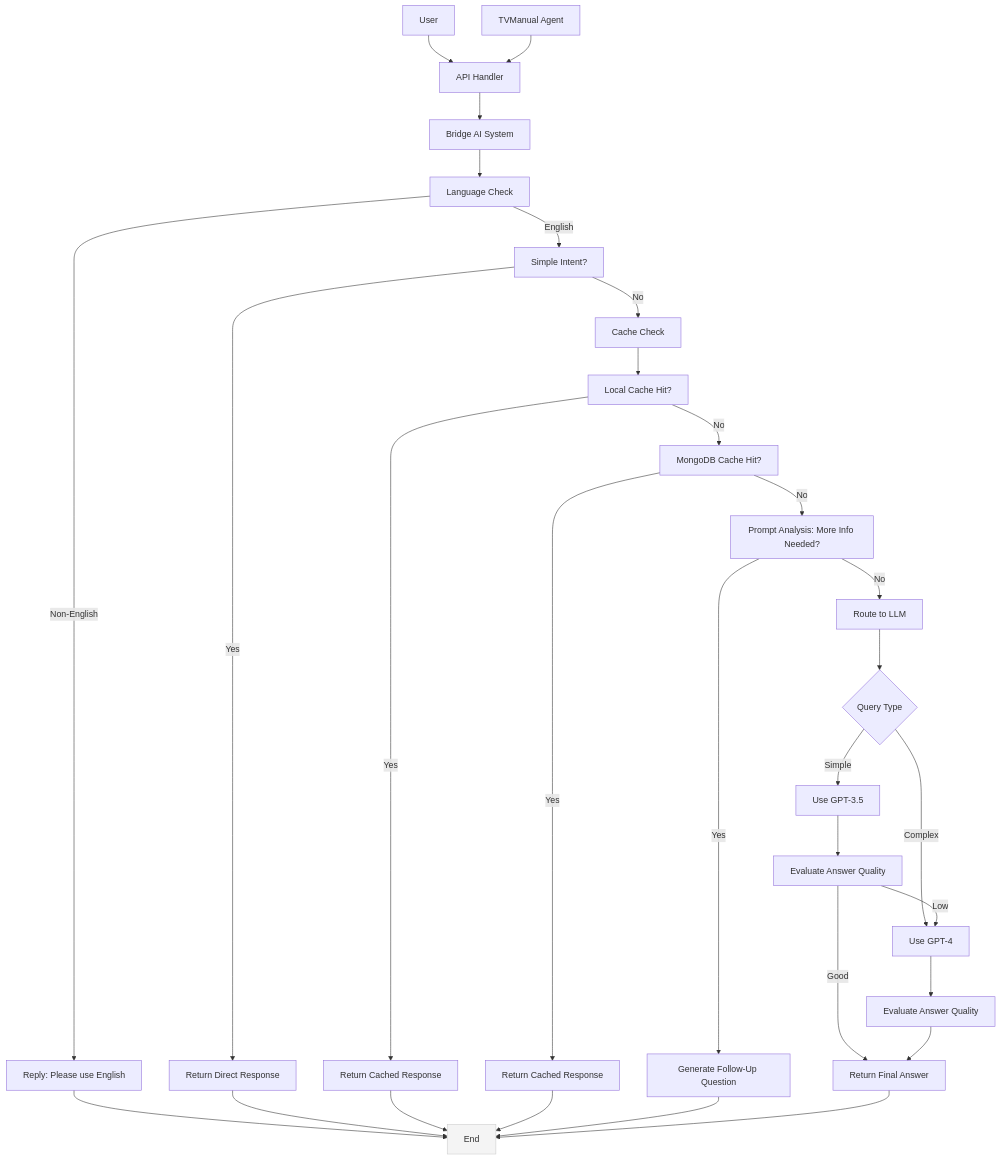
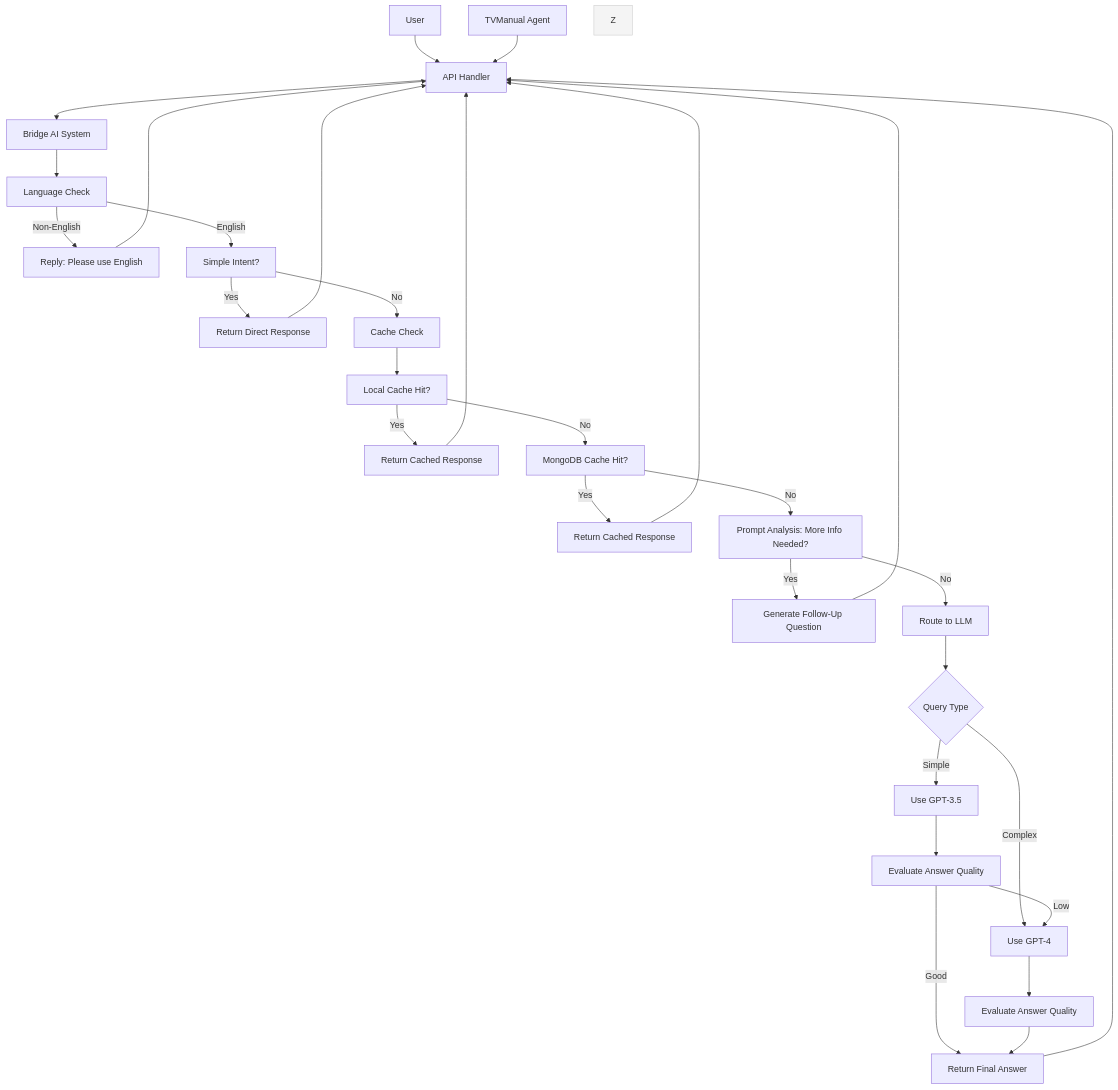
The diagram in llm_bridge/README.md (yana-g/bridge-ai), drawn with Mermaid before and after one commit.

Commit message:
Update llm_bridge README

````diff
--- a/llm_bridge/README.md
+++ b/llm_bridge/README.md
@@ -42,45 +42,45 @@
 ```mermaid
 flowchart TD
     A1[User]
     A2[TVManual Agent]
 
     A1 --> B[Chat Agent / API Handler]
     A2 --> B[API Handler]
 
     B --> C[Bridge AI System]
 
     C --> D[Language Check]
     D -->|Non-English| D1[Reply: Please use English]
     D -->|English| E[Simple Intent?]
     E -->|Yes| E1[Return Direct Response]
     E -->|No| F[Cache Check]
 
     F --> F1[Local Cache Hit?]
     F1 -->|Yes| F2[Return Cached Response]
     F1 -->|No| F3[MongoDB Cache Hit?]
     F3 -->|Yes| F4[Return Cached Response]
     F3 -->|No| G[Prompt Analysis: More Info Needed?]
 
     G -->|Yes| G1[Generate Follow-Up Question]
     G -->|No| H[Route to LLM]
 
     H --> H1{Query Type}
     H1 -->|Simple| I[Use GPT-3.5]
     H1 -->|Complex| J[Use GPT-4]
 
     I --> I1[Evaluate Answer Quality]
     I1 -->|Low| J
     I1 -->|Good| K[Return Final Answer]
 
     J --> J1[Evaluate Answer Quality]
     J1 --> K
 
-    D1 --> Z[End]
-    E1 --> Z
-    F2 --> Z
-    F4 --> Z
-    G1 --> Z
-    K --> Z
+    D1 --> B
+    E1 --> B
+    F2 --> B
+    F4 --> B
+    G1 --> B
+    K --> B
 
     style Z fill:#f4f4f4,stroke:#ccc
 ```
````
